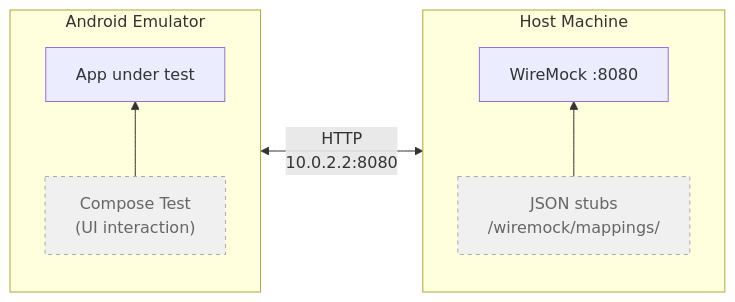
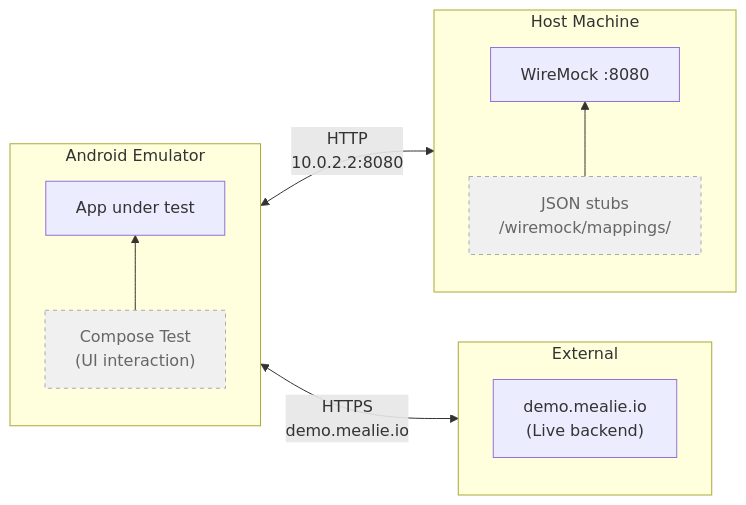
The diagram in _bmad-output/test-artifacts/test-design/test-design-qa.md (Xexanos/mealie-android-unofficial), drawn with Mermaid before and after one commit. The commit also changed other lines of this file and 1 other file, not shown here.

Commit message:
Add dual-backend E2E architecture (WireMock + live) to test design docs

````diff
--- a/_bmad-output/test-artifacts/test-design/test-design-qa.md
+++ b/_bmad-output/test-artifacts/test-design/test-design-qa.md
@@ -303,16 +311,21 @@
 ```mermaid
 graph LR
     subgraph device["Android Emulator"]
         direction BT
         CT["Compose Test\n(UI interaction)"]:::artifact --> EMU["App under test"]
     end
 
     subgraph host["Host Machine"]
         direction BT
         STUBS["JSON stubs\n/wiremock/mappings/"]:::artifact --> WM["WireMock :8080"]
     end
 
+    subgraph cloud["External"]
+        DEMO["demo.mealie.io\n(Live backend)"]
+    end
+
     device <-->|"HTTP\n10.0.2.2:8080"| host
+    device <-->|"HTTPS\ndemo.mealie.io"| cloud
 
     classDef artifact fill:#f0f0f0,stroke:#aaa,stroke-dasharray:4 4,color:#666
 ```
````
